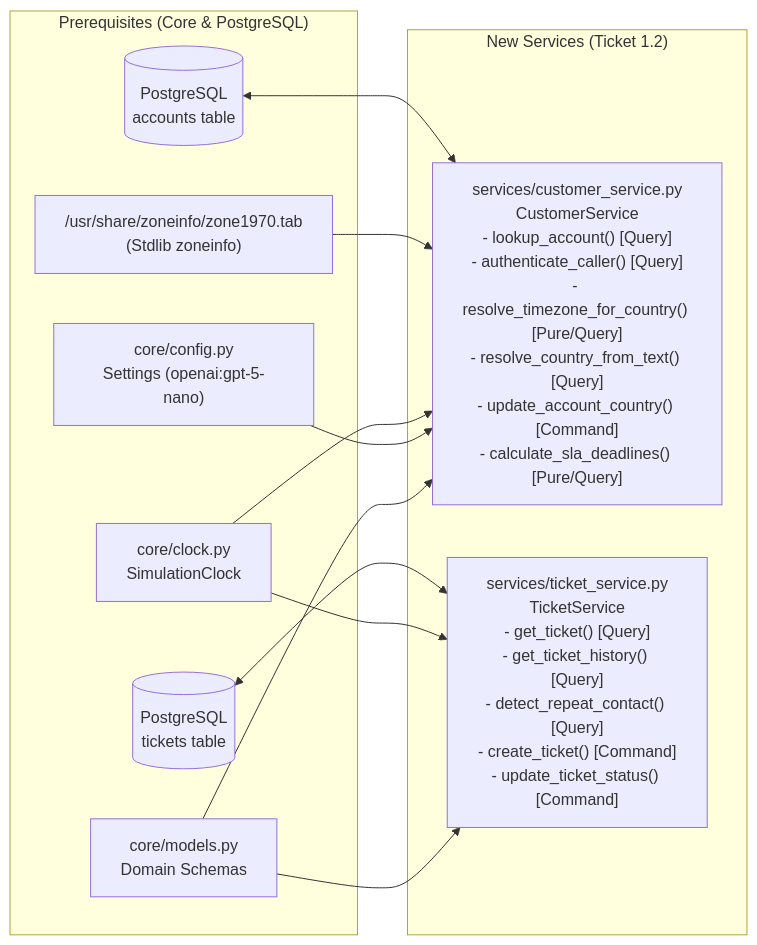
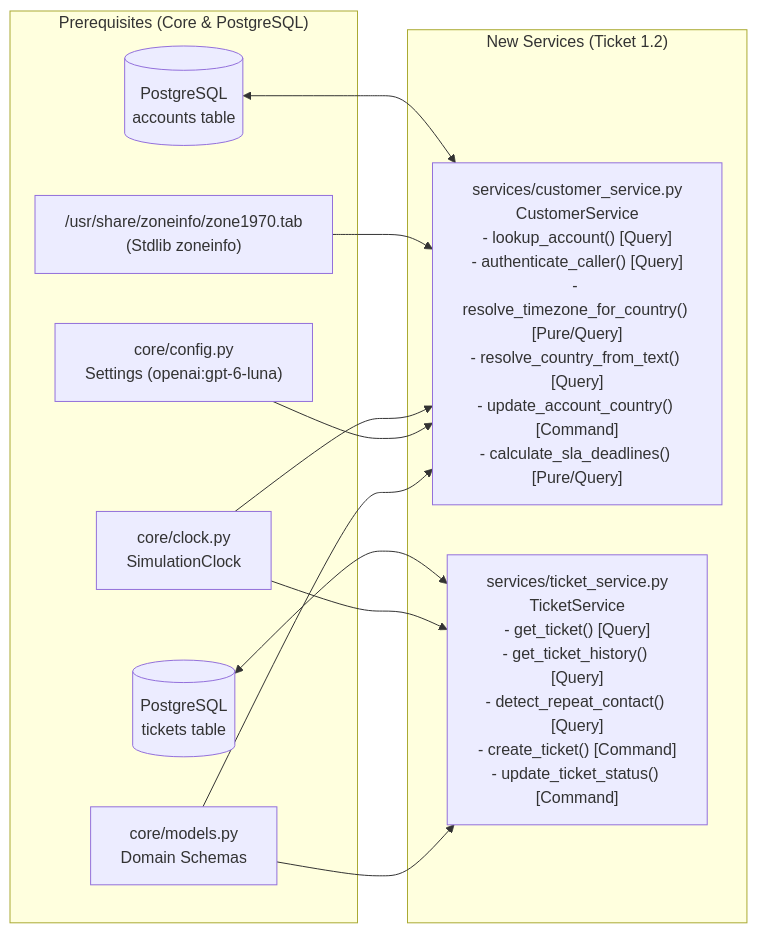
Before and after one commit to yaara-manor/cato-networks: the diagram in docs/plans/12-account_and_sla_matrix/01-services/plan.md, drawn with Mermaid. The commit also changed other lines of this file and 456 other files, not shown here.

Commit message:
upgrade to gpt 6 luna

````diff
--- a/docs/plans/12-account_and_sla_matrix/01-services/plan.md
+++ b/docs/plans/12-account_and_sla_matrix/01-services/plan.md
@@ -11,26 +11,26 @@
 ```mermaid
 flowchart LR
     subgraph Core_And_DB["Prerequisites (Core & PostgreSQL)"]
         SimClock["core/clock.py\nSimulationClock"]
-        Config["core/config.py\nSettings (openai:gpt-5-nano)"]
+        Config["core/config.py\nSettings (openai:gpt-6-luna)"]
         Models["core/models.py\nDomain Schemas"]
         PG_Accounts[("PostgreSQL\naccounts table")]
         PG_Tickets[("PostgreSQL\ntickets table")]
         ZoneTab["/usr/share/zoneinfo/zone1970.tab\n(Stdlib zoneinfo)"]
     end
 
     subgraph Services_Layer["New Services (Ticket 1.2)"]
         CustSvc["services/customer_service.py\nCustomerService\n- lookup_account() [Query]\n- authenticate_caller() [Query]\n- resolve_timezone_for_country() [Pure/Query]\n- resolve_country_from_text() [Query]\n- update_account_country() [Command]\n- calculate_sla_deadlines() [Pure/Query]"]
         TicketSvc["services/ticket_service.py\nTicketService\n- get_ticket() [Query]\n- get_ticket_history() [Query]\n- detect_repeat_contact() [Query]\n- create_ticket() [Command]\n- update_ticket_status() [Command]"]
     end
 
     PG_Accounts <--> CustSvc
     ZoneTab --> CustSvc
     SimClock --> CustSvc
     Config --> CustSvc
     Models --> CustSvc
 
     PG_Tickets <--> TicketSvc
     SimClock --> TicketSvc
     Models --> TicketSvc
 ```
````
